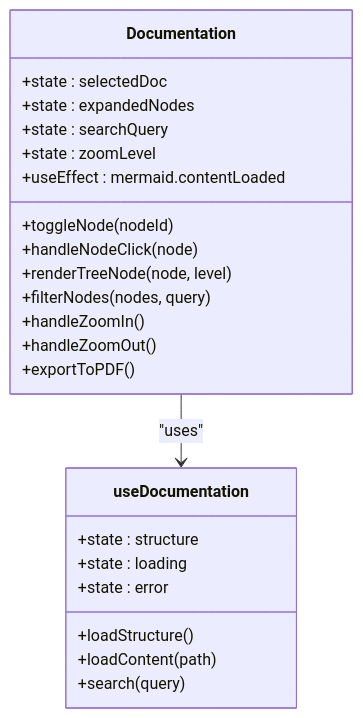
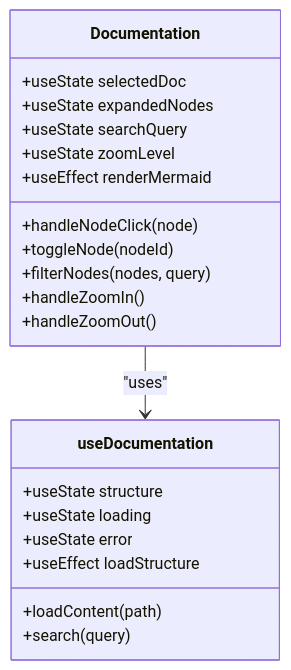
The third of 6 diagrams in .qoder/repowiki/en/content/Documentation System.md (gaigenticai/Regulens), drawn with Mermaid before and after one commit. The commit also changed other lines of this file and 3 other files, not shown here.

````diff
--- a/.qoder/repowiki/en/content/Documentation System.md
+++ b/.qoder/repowiki/en/content/Documentation System.md
@@ -104,26 +108,24 @@
 ```mermaid
 classDiagram
 class Documentation {
-+state : selectedDoc
-+state : expandedNodes
-+state : searchQuery
-+state : zoomLevel
-+useEffect : mermaid.contentLoaded
++useState selectedDoc
++useState expandedNodes
++useState searchQuery
++useState zoomLevel
++useEffect renderMermaid
++handleNodeClick(node)
 +toggleNode(nodeId)
-+handleNodeClick(node)
-+renderTreeNode(node, level)
 +filterNodes(nodes, query)
 +handleZoomIn()
 +handleZoomOut()
-+exportToPDF()
 }
 class useDocumentation {
-+state : structure
-+state : loading
-+state : error
-+loadStructure()
++useState structure
++useState loading
++useState error
++useEffect loadStructure
 +loadContent(path)
 +search(query)
 }
 Documentation --> useDocumentation : "uses"
 ```
````
